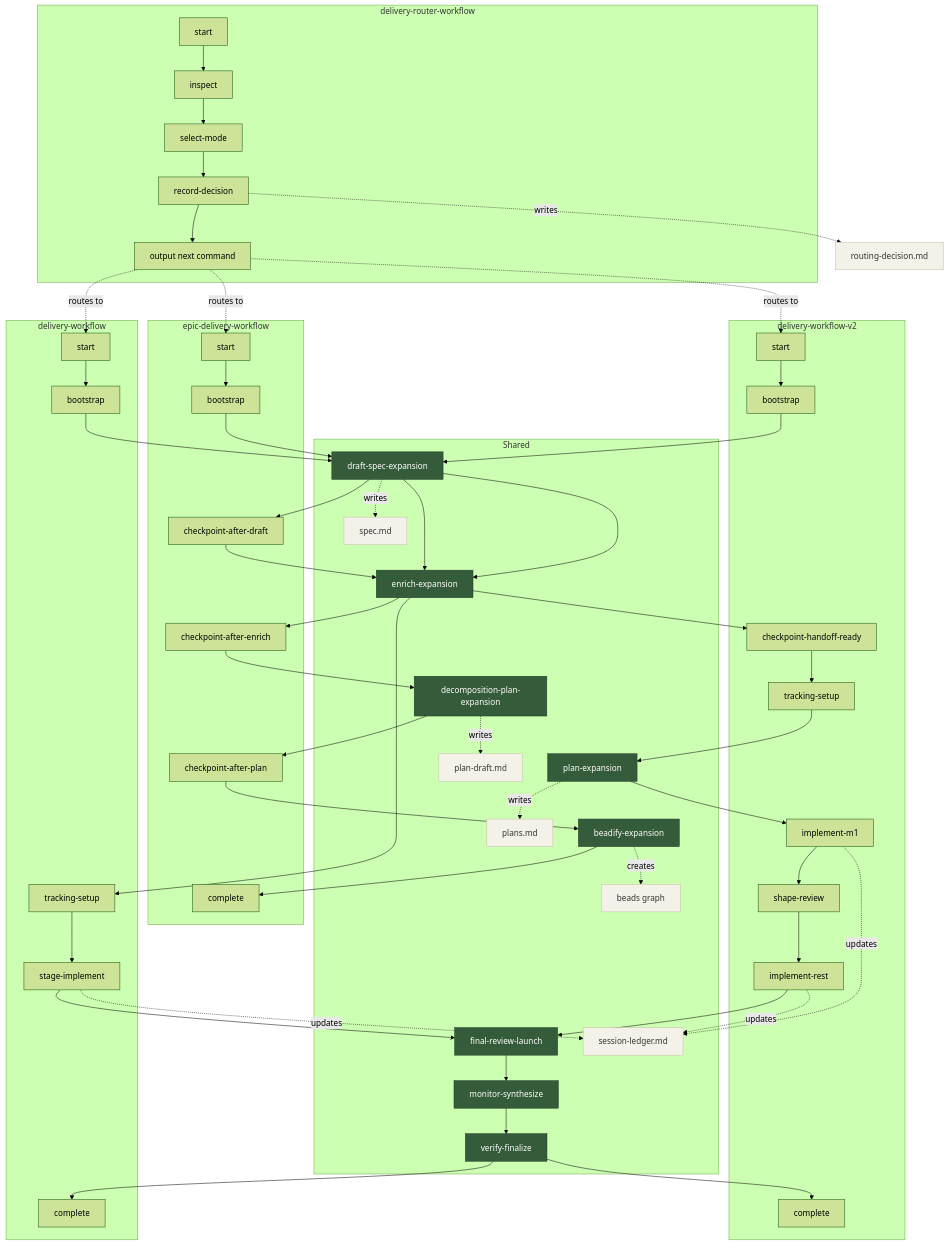
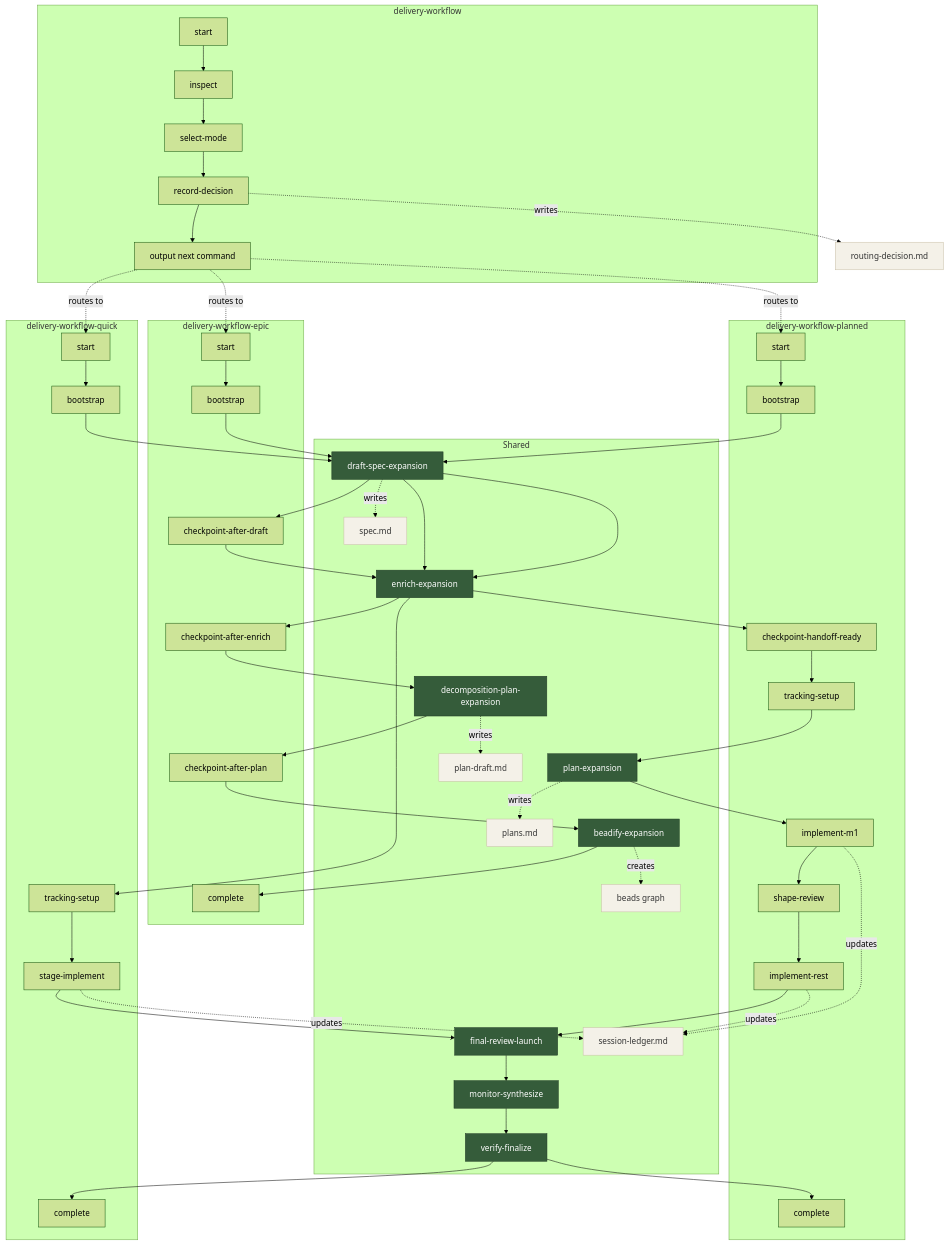
Before and after one commit to corymhall/toolkit: the diagram in gastown/beads/formulas/README.md, drawn with Mermaid (forest theme). The commit also changed other lines of this file and 11 other files, not shown here.

Commit message:
formulas: rename delivery workflow family

```diff
--- a/gastown/beads/formulas/README.md
+++ b/gastown/beads/formulas/README.md
@@ -64,7 +64,7 @@
         LEDGER["session-ledger.md"]
     end
 
-    subgraph EPIC["epic-delivery-workflow"]
+    subgraph EPIC["delivery-workflow-epic"]
         EDW_START["start"]
         EDW_BOOT["bootstrap"]
         EDW_C1["checkpoint-after-draft"]
@@ -73,7 +73,7 @@
         EDW_DONE["complete"]
     end
 
-    subgraph DELIV1["delivery-workflow"]
+    subgraph DELIV1["delivery-workflow-quick"]
         DW_START["start"]
         DW_BOOT["bootstrap"]
         DW_TRACK["tracking-setup"]
@@ -81,7 +81,7 @@
         DW_DONE["complete"]
     end
 
-    subgraph DELIV2["delivery-workflow-v2"]
+    subgraph DELIV2["delivery-workflow-planned"]
         DW2_START["start"]
         DW2_BOOT["bootstrap"]
         DW2_HANDOFF["checkpoint-handoff-ready"]
@@ -92,7 +92,7 @@
         DW2_DONE["complete"]
     end
 
-    subgraph ROUTER["delivery-router-workflow"]
+    subgraph ROUTER["delivery-workflow"]
         DR_START["start"]
         DR_INSPECT["inspect"]
         DR_SELECT["select-mode"]
```
